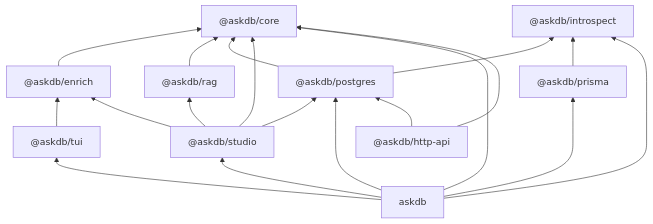
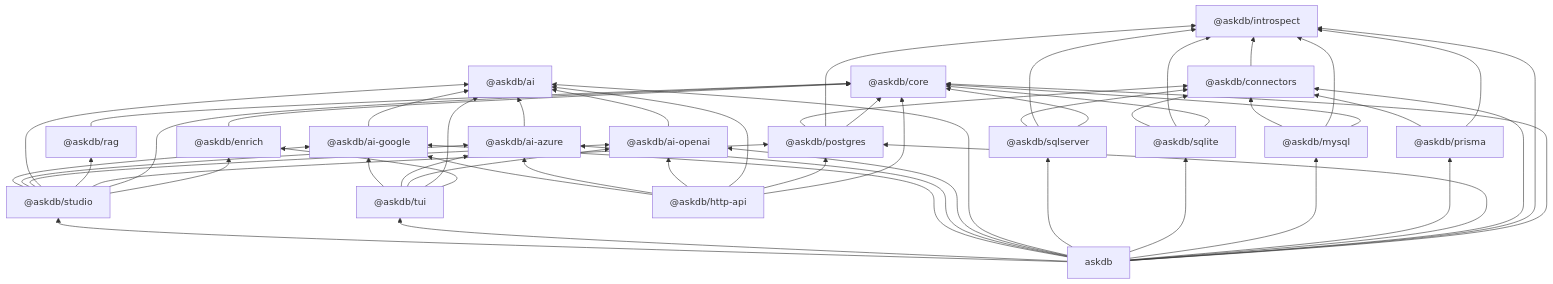
The third of 7 diagrams in docs/architecture.md (Ygilany/AskDB), drawn with Mermaid before and after one commit. The commit also changed other lines of this file and 4 other files, not shown here.

First line of the commit message:
docs: bring architecture and ADR statuses in line with shipped packages

````diff
--- a/docs/architecture.md
+++ b/docs/architecture.md
@@ -98,32 +149,75 @@
 ```mermaid
 flowchart BT
   core["@askdb/core"]
   introspect["@askdb/introspect"]
   enrich["@askdb/enrich"]
   rag["@askdb/rag"]
+  ai["@askdb/ai"]
+  aiOpenai["@askdb/ai-openai"]
+  aiAzure["@askdb/ai-azure"]
+  aiGoogle["@askdb/ai-google"]
+  connectors["@askdb/connectors"]
   postgres["@askdb/postgres"]
   prisma["@askdb/prisma"]
+  mysql["@askdb/mysql"]
+  sqlite["@askdb/sqlite"]
+  sqlserver["@askdb/sqlserver"]
   tui["@askdb/tui"]
   studio["@askdb/studio"]
   cli["askdb"]
   http["@askdb/http-api"]
 
   enrich --> core
   rag --> core
+  connectors --> introspect
   postgres --> core
   postgres --> introspect
+  postgres --> connectors
   prisma --> introspect
+  prisma --> connectors
+  mysql --> core
+  mysql --> introspect
+  mysql --> connectors
+  sqlite --> core
+  sqlite --> introspect
+  sqlite --> connectors
+  sqlserver --> core
+  sqlserver --> introspect
+  sqlserver --> connectors
+  aiOpenai --> ai
+  aiAzure --> ai
+  aiGoogle --> ai
   tui --> enrich
+  tui --> ai
+  tui --> aiOpenai
+  tui --> aiAzure
+  tui --> aiGoogle
   studio --> enrich
   studio --> core
   studio --> postgres
   studio --> rag
+  studio --> ai
+  studio --> aiOpenai
+  studio --> aiAzure
+  studio --> aiGoogle
   cli --> core
   cli --> introspect
+  cli --> connectors
   cli --> postgres
   cli --> prisma
+  cli --> mysql
+  cli --> sqlite
+  cli --> sqlserver
+  cli --> ai
+  cli --> aiOpenai
+  cli --> aiAzure
+  cli --> aiGoogle
   cli --> tui
   cli --> studio
   http --> core
   http --> postgres
+  http --> ai
+  http --> aiOpenai
+  http --> aiAzure
+  http --> aiGoogle
 ```
````
